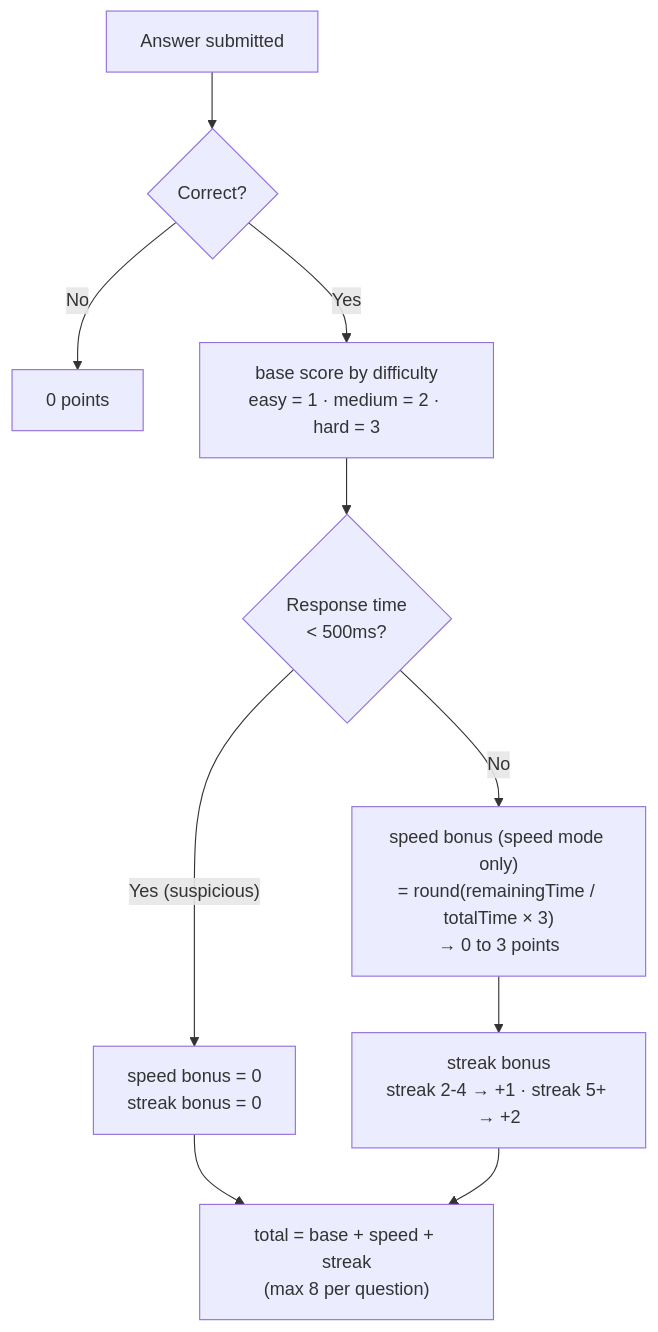
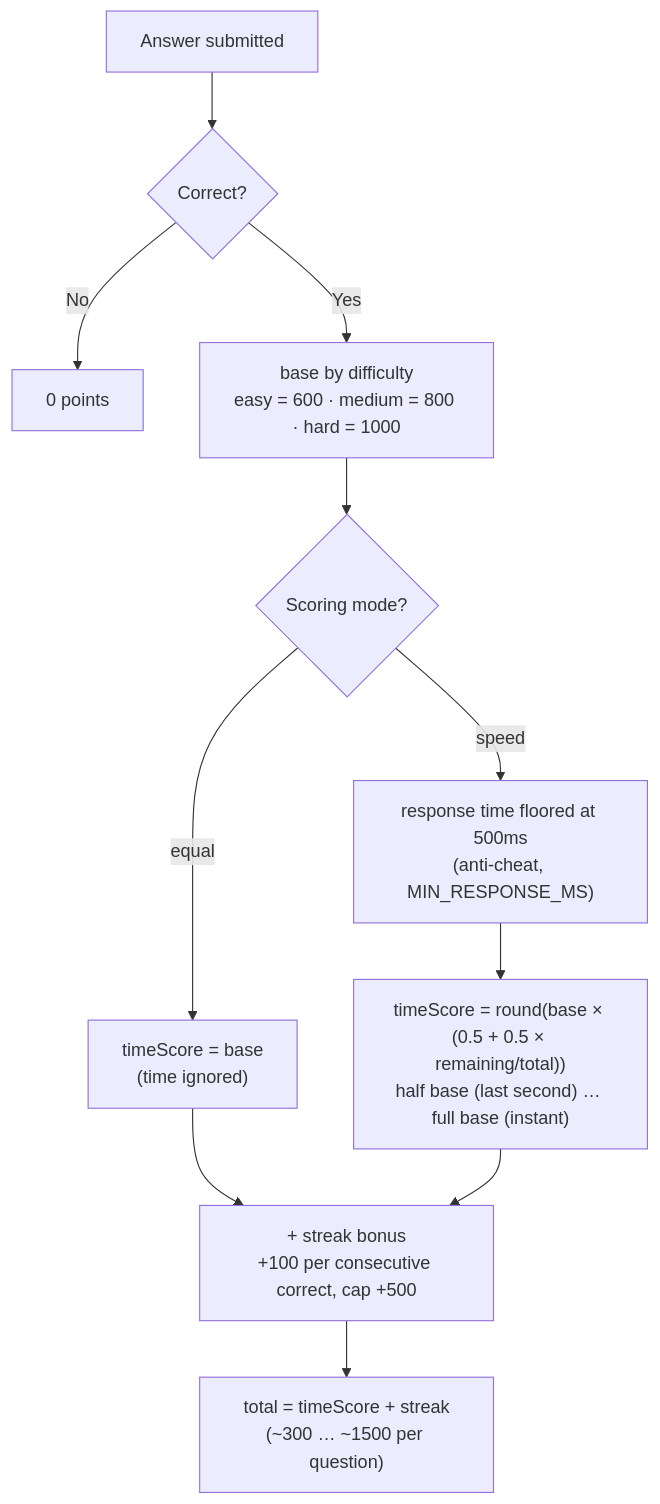
The first of 3 diagrams in README.md (shiliaiwei/kesararam-with-digital), drawn with Mermaid before and after one commit. The commit also changed other lines of this file, not shown here.

First line of the commit message:
docs(readme): update Score & Points System to the Kahoot-scale model

````diff
--- a/README.md
+++ b/README.md
@@ -113,12 +113,13 @@
 ```mermaid
 flowchart TD
     A["Answer submitted"] --> B{"Correct?"}
     B -- "No" --> Z["0 points"]
-    B -- "Yes" --> C["base score by difficulty<br/>easy = 1 · medium = 2 · hard = 3"]
-    C --> D{"Response time<br/>&lt; 500ms?"}
-    D -- "Yes (suspicious)" --> E["speed bonus = 0<br/>streak bonus = 0"]
-    D -- "No" --> F["speed bonus (speed mode only)<br/>= round(remainingTime / totalTime × 3)<br/>→ 0 to 3 points"]
-    F --> G["streak bonus<br/>streak 2-4 → +1 · streak 5+ → +2"]
-    E --> H["total = base + speed + streak<br/>(max 8 per question)"]
-    G --> H
+    B -- "Yes" --> C["base by difficulty<br/>easy = 600 · medium = 800 · hard = 1000"]
+    C --> M{"Scoring mode?"}
+    M -- "equal" --> EQ["timeScore = base<br/>(time ignored)"]
+    M -- "speed" --> F["response time floored at 500ms<br/>(anti-cheat, MIN_RESPONSE_MS)"]
+    F --> T["timeScore = round(base × (0.5 + 0.5 × remaining/total))<br/>half base (last second) … full base (instant)"]
+    EQ --> G
+    T --> G["+ streak bonus<br/>+100 per consecutive correct, cap +500"]
+    G --> H["total = timeScore + streak<br/>(~300 … ~1500 per question)"]
 ```
````
